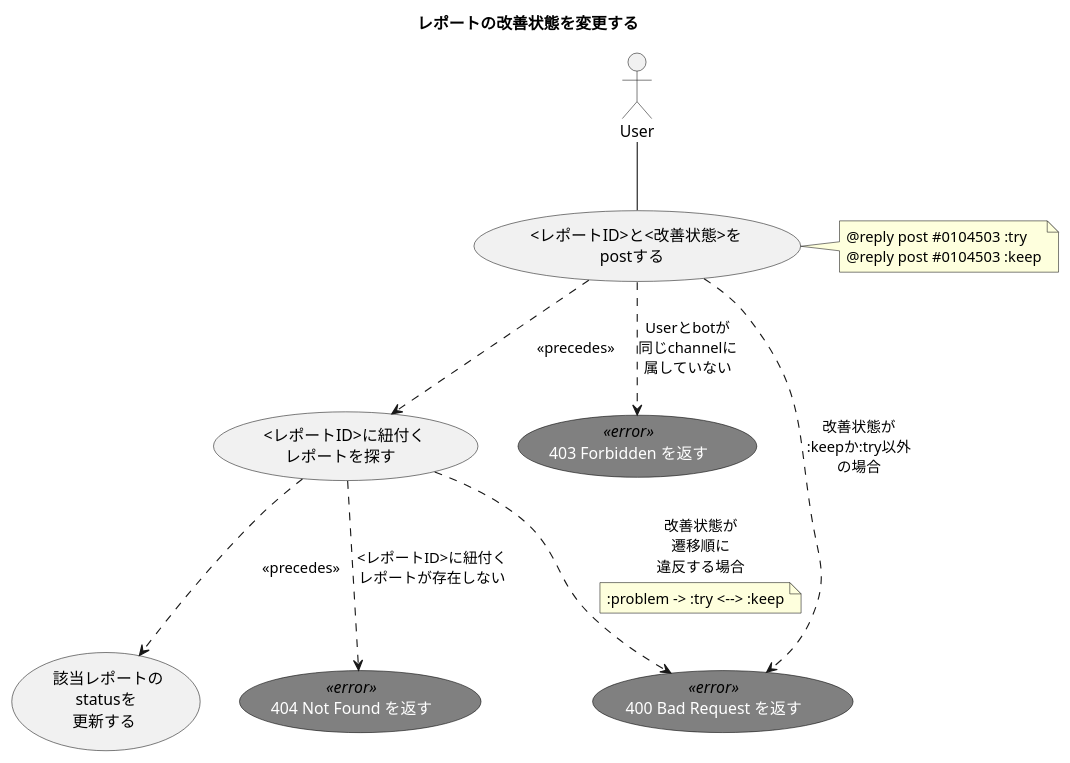
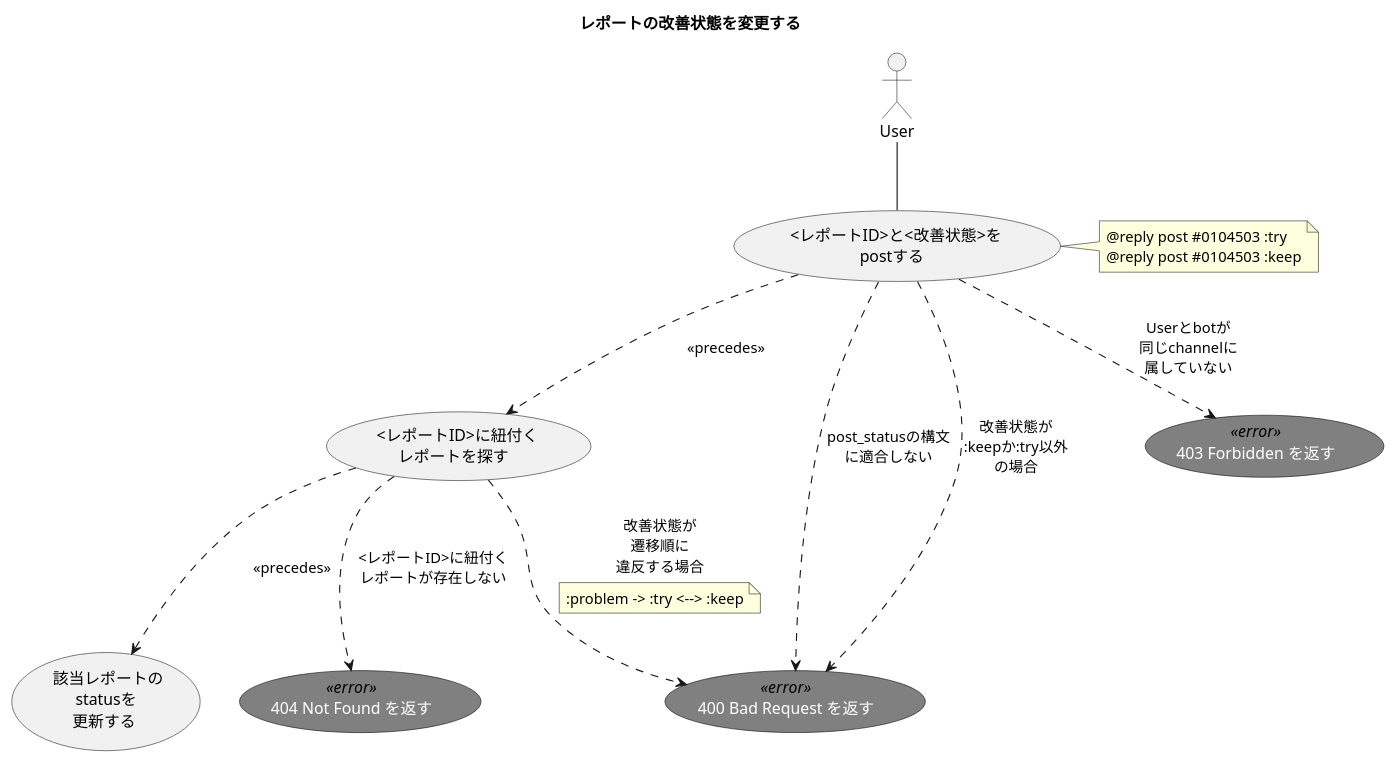
One commit to ito-masam/kpt-guard.doc changed the diagram in 1.design/2.usecases/post-report-change-status.md. Above: the diagram before and after it, drawn with PlantUML. The commit also changed 4 other files, not shown here.

```diff
--- a/1.design/2.usecases/post-report-change-status.md
+++ b/1.design/2.usecases/post-report-change-status.md
@@ -1,39 +1,42 @@
 @startuml
 
     ' ----------- meta
     title レポートの改善状態を変更する
 
     skinparam usecase {
       FontColor<<error>> white
       FontName<<error>> Verdana
       BackgroundColor<<error>> gray
       BorderColor<<error>> black
     }
 
     actor User
 
     ' ----------- main
     User -- ( <レポートID>と<改善状態>を\npostする )
     ( <レポートID>と<改善状態>を\npostする ) ..> ( <レポートID>に紐付く\nレポートを探す ) : << precedes >>
     ( <レポートID>に紐付く\nレポートを探す ) ..> ( 該当レポートの\nstatusを\n更新する ) : << precedes >>
 
     note right of ( <レポートID>と<改善状態>を\npostする )
       @reply post #0104503 :try
       @reply post #0104503 :keep
     end note
 
     ' ----------- alternative
+    ( 400 Bad Request を返す ) <<error>>
+    ( <レポートID>と<改善状態>を\npostする ) ..> ( 400 Bad Request を返す ) : post_statusの構文\nに適合しない
+
     ( 403 Forbidden を返す ) <<error>>
     ( <レポートID>と<改善状態>を\npostする ) ..> ( 403 Forbidden を返す ) : Userとbotが\n同じchannelに\n属していない
 
     ( 404 Not Found を返す ) <<error>>
     ( <レポートID>に紐付く\nレポートを探す ) ..> ( 404 Not Found を返す ) : <レポートID>に紐付く\nレポートが存在しない
 
     ( 400 Bad Request を返す ) <<error>>
     ( <レポートID>と<改善状態>を\npostする ) ..> ( 400 Bad Request を返す ) : 改善状態が\n:keepか:try以外\nの場合
     ( <レポートID>に紐付く\nレポートを探す ) ..> ( 400 Bad Request を返す ) : 改善状態が\n遷移順に\n違反する場合
     note on link
       :problem -> :try <--> :keep
     end note
 
 @enduml
```
